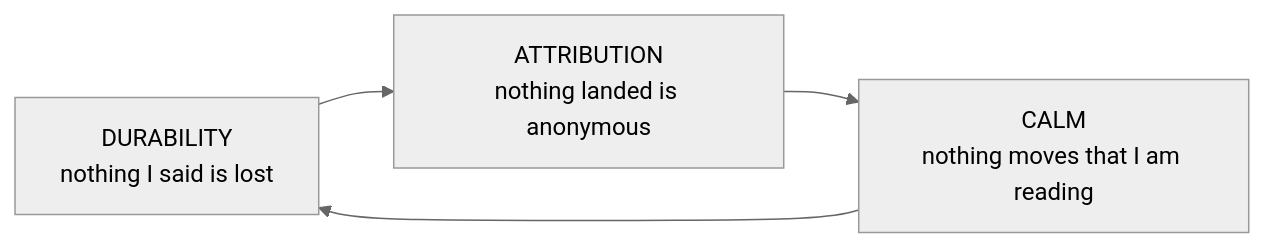
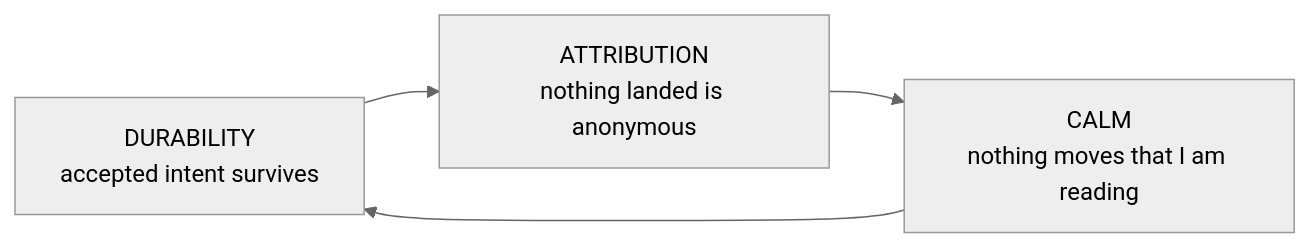
One commit to infimalabs/spice-rust changed the first of 25 diagrams in docs/product/value.md. Above: the diagram before and after it, drawn with Mermaid (neutral theme). The commit also changed other lines of this file and 71 other files, not shown here.

````diff
--- a/docs/product/value.md
+++ b/docs/product/value.md
@@ -14,6 +14,6 @@
 ```mermaid
 flowchart LR
-  D["DURABILITY<br/>nothing I said is lost"] --> A["ATTRIBUTION<br/>nothing landed is anonymous"]
+  D["DURABILITY<br/>accepted intent survives"] --> A["ATTRIBUTION<br/>nothing landed is anonymous"]
   A --> C["CALM<br/>nothing moves that I am reading"]
   C --> D
 ```
````
